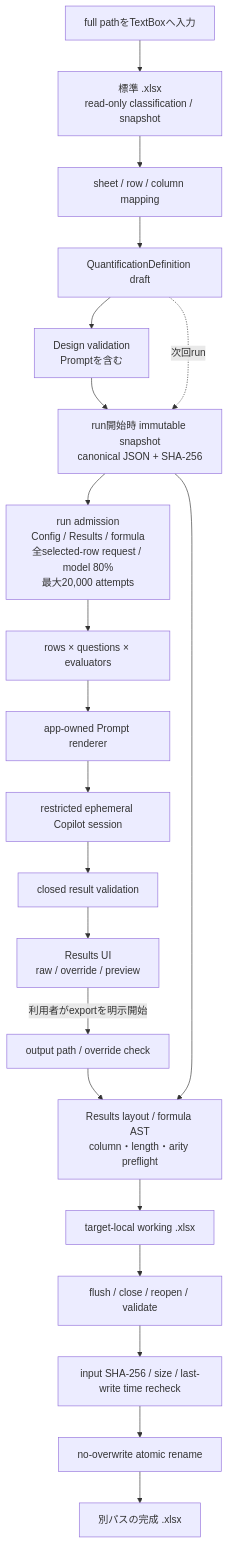
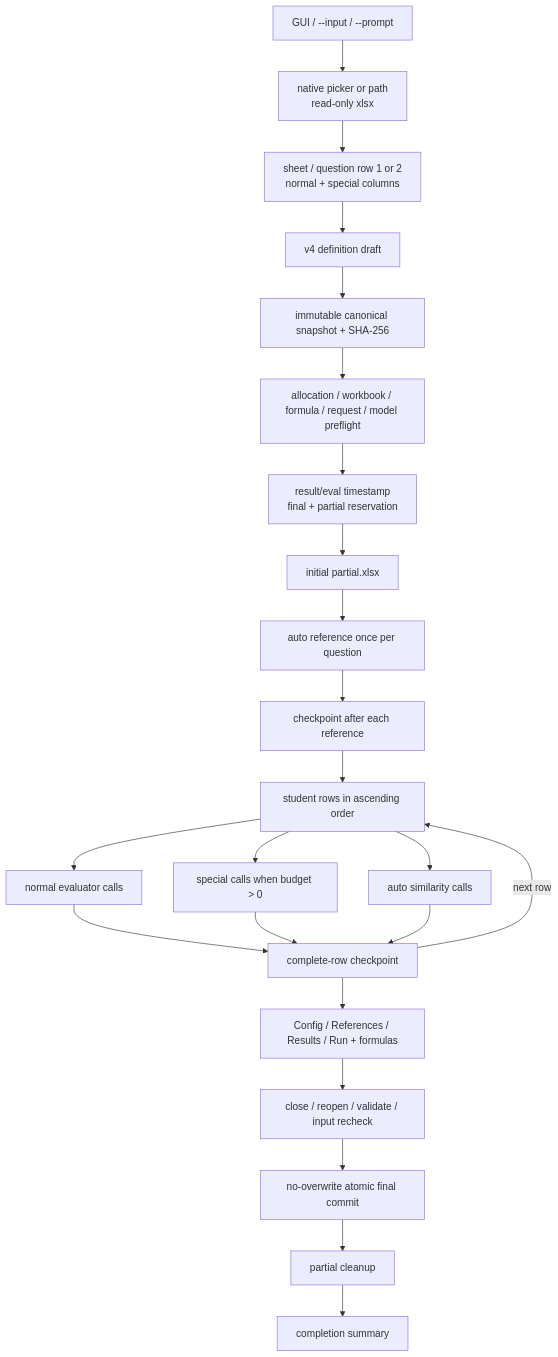
Before and after one commit to dahatake/StudyReport-Evaluator: the second of 2 diagrams in docs-dev/architecture.md, drawn with Mermaid. The commit also changed other lines of this file and 137 other files, not shown here.

````diff
--- a/docs-dev/architecture.md
+++ b/docs-dev/architecture.md
@@ -40,23 +35,25 @@
 ```mermaid
 flowchart TD
-    Path[full pathをTextBoxへ入力] --> Input[標準 .xlsx\nread-only classification / snapshot]
-    Input --> Mapping[sheet / row / column mapping]
-    Mapping --> Draft[QuantificationDefinition draft]
-    Draft --> DesignCheck[Design validation\nPromptを含む]
-    DesignCheck --> Snapshot[run開始時 immutable snapshot\ncanonical JSON + SHA-256]
-    Snapshot --> Admission[run admission\nConfig / Results / formula\n全selected-row request / model 80%\n最大20,000 attempts]
-    Admission --> Plan[rows × questions × evaluators]
-    Plan --> Prompt[app-owned Prompt renderer]
-    Prompt --> CopilotSession[restricted ephemeral Copilot session]
-    CopilotSession --> Validation[closed result validation]
-    Validation --> ResultsUI[Results UI\nraw / override / preview]
-    ResultsUI -->|利用者がexportを明示開始| ExportCheck[output path / override check]
-    ExportCheck --> Layout[Results layout / formula AST\ncolumn・length・arity preflight]
-    Snapshot --> Layout
-    Layout --> Temp[target-local working .xlsx]
-    Temp --> Reopen[flush / close / reopen / validate]
-    Reopen --> Recheck[input SHA-256 / size / last-write time recheck]
-    Recheck --> Rename[no-overwrite atomic rename]
-    Rename --> Output[別パスの完成 .xlsx]
-    Draft -. 次回run .-> Snapshot
+    Launch[GUI / --input / --prompt] --> Input[native picker or path\nread-only xlsx]
+    Input --> Mapping[sheet / question row 1 or 2\nnormal + special columns]
+    Mapping --> Draft[v4 definition draft]
+    Draft --> Snapshot[immutable canonical snapshot + SHA-256]
+    Snapshot --> Admission[allocation / workbook / formula / request / model preflight]
+    Admission --> Reserve[result/eval timestamp\nfinal + partial reservation]
+    Reserve --> InitialCheckpoint[initial partial.xlsx]
+    InitialCheckpoint --> References[auto reference once per question]
+    References --> ReferenceCheckpoint[checkpoint after each reference]
+    ReferenceCheckpoint --> Rows[student rows in ascending order]
+    Rows --> Normal[normal evaluator calls]
+    Rows --> Special[special calls when budget > 0]
+    Rows --> Similarity[auto similarity calls]
+    Normal --> RowCheckpoint[complete-row checkpoint]
+    Special --> RowCheckpoint
+    Similarity --> RowCheckpoint
+    RowCheckpoint -->|next row| Rows
+    RowCheckpoint --> Finalize[Config / References / Results / Run + formulas]
+    Finalize --> Validate[close / reopen / validate / input recheck]
+    Validate --> Commit[no-overwrite atomic final commit]
+    Commit --> Cleanup[partial cleanup]
+    Cleanup --> Results[completion summary]
 ```
````
